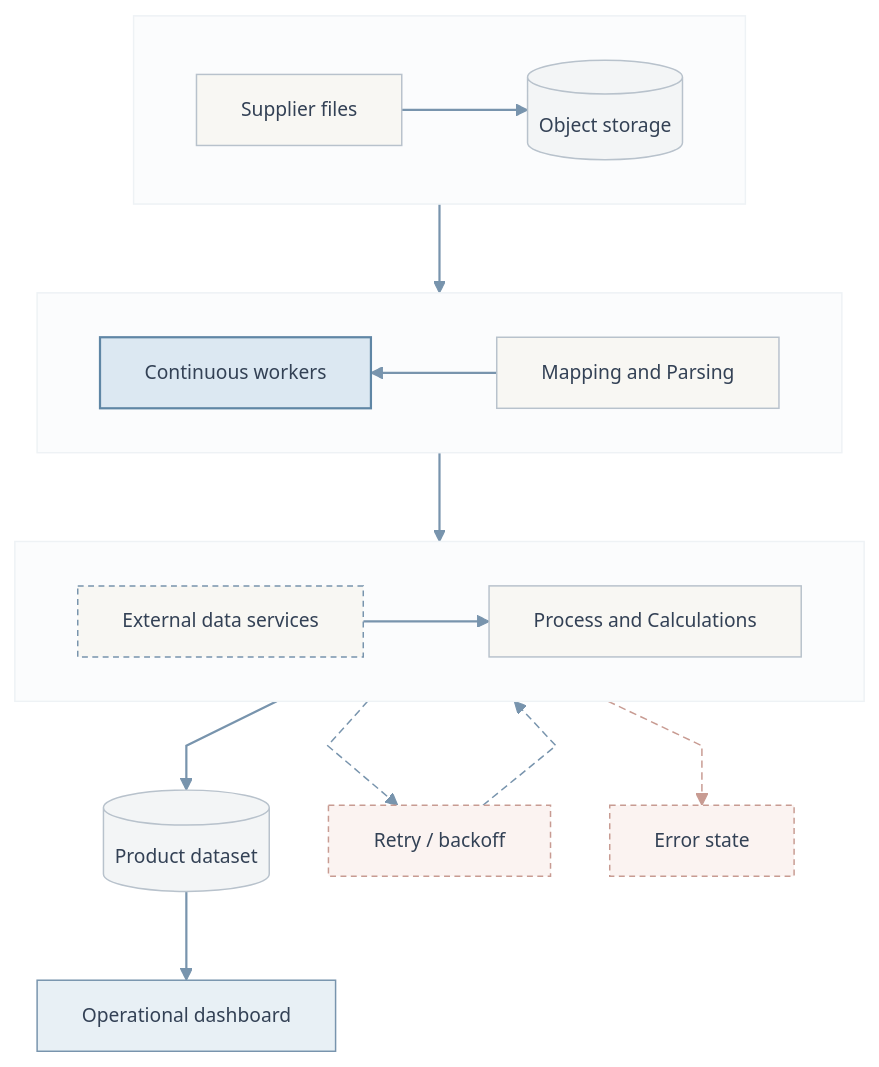
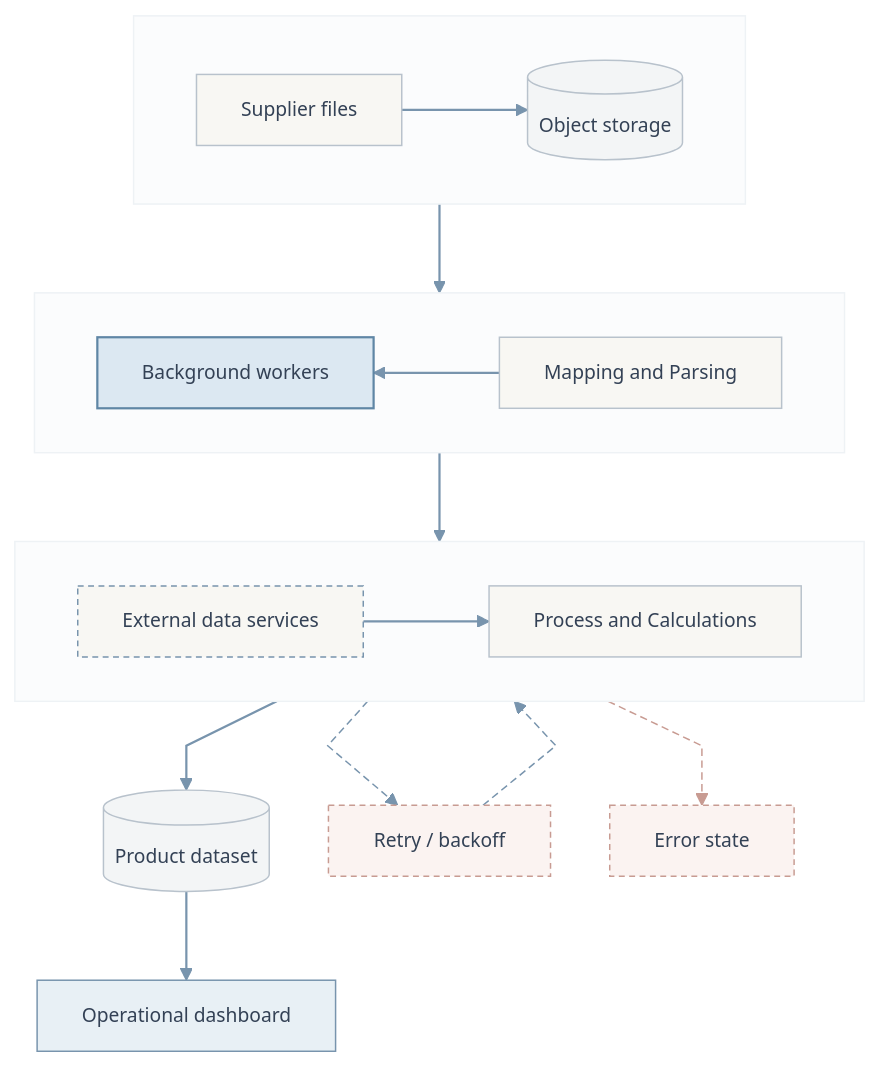
One commit to alikayar/portfolio changed the diagram in diagrams/supplier-catalog.mmd. Above: the diagram before and after it, drawn with Mermaid. The commit also changed 9 other files, not shown here.

```diff
--- a/diagrams/supplier-catalog.mmd
+++ b/diagrams/supplier-catalog.mmd
@@ -1,63 +1,63 @@
 %%{init: {
   "htmlLabels": false,
   "theme": "base",
   "themeVariables": {
     "fontFamily": "IBM Plex Sans",
     "fontSize": "13px",
     "lineColor": "#7894ad",
     "primaryBorderColor": "#b8c2cc",
     "primaryColor": "#f8f7f3",
     "primaryTextColor": "#334155",
     "clusterBkg": "#fbfcfd",
     "clusterBorder": "#eef2f5",
     "tertiaryColor": "#eef3f7",
     "tertiaryBorderColor": "#c5d3df"
   },
   "flowchart": {
     "curve": "linear",
     "nodeSpacing": 40,
     "rankSpacing": 60,
     "padding": 15
   }
 }}%%
 flowchart TD
   classDef worker fill:#dce8f2,stroke:#5f86a5,stroke-width:1.5px
   classDef storage fill:#f3f5f6
   classDef external stroke:#7894ad,stroke-dasharray:4 3
   classDef output fill:#e8f0f5,stroke:#7894ad
   classDef error fill:#fbf3f1,stroke:#c89b92,stroke-dasharray:4 3
 
   subgraph intake[" "]
     direction LR
     supplier["Supplier files"] --> object[("Object storage")]
   end
 
   subgraph processing[" "]
     direction RL
-    mapping["Mapping and Parsing"] --> workers["Continuous workers"]
+    mapping["Mapping and Parsing"] --> workers["Background workers"]
   end
 
   object --> mapping
 
   subgraph enrichment[" "]
     direction LR
     services["External data services"] --> calculations["Process and Calculations"]
   end
 
   workers --> services
   calculations --> dataset[("Product dataset")]
   dataset --> dashboard["Operational dashboard"]
 
   services -.-> retry["Retry / backoff"]
   retry -.-> calculations
   services -.-> failed["Error state"]
 
   class workers worker
   class object,dataset storage
   class services external
   class dashboard output
   class retry,failed error
 
   linkStyle 0,1,2,3,4,5,6 stroke:#7894ad,stroke-width:1.5px
   linkStyle 7,8 stroke:#7894ad,stroke-width:1px,stroke-dasharray:5 3
   linkStyle 9 stroke:#c89b92,stroke-width:1px,stroke-dasharray:5 3
```
